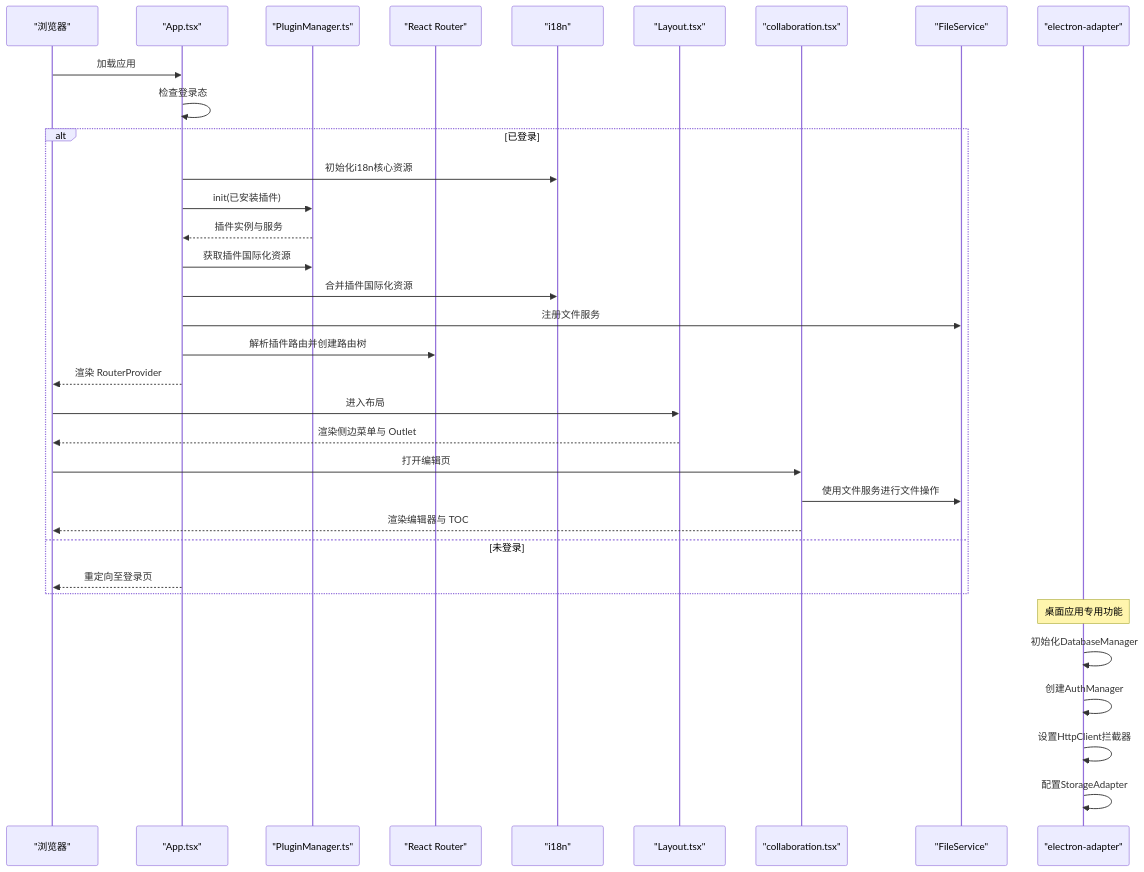
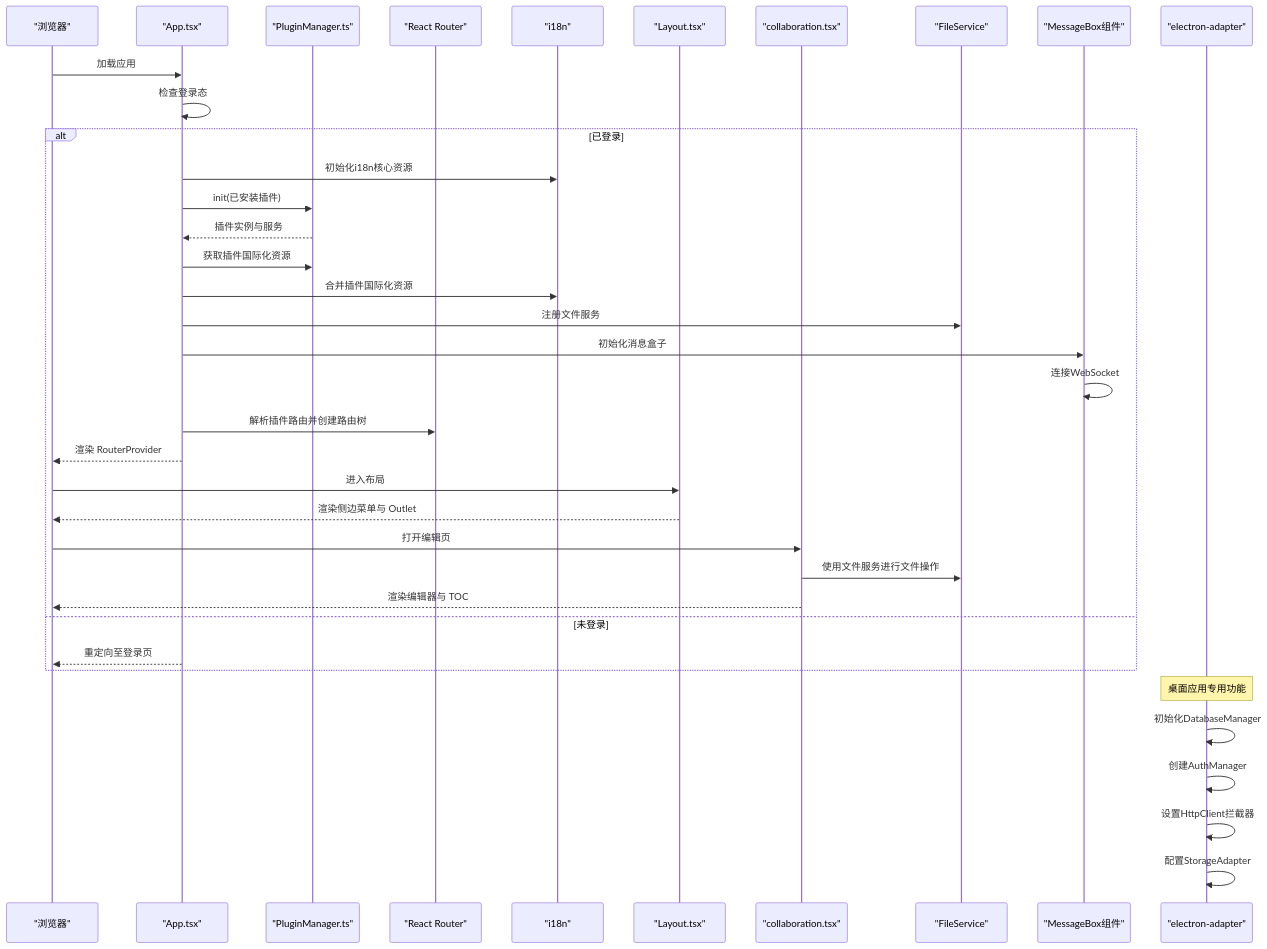
Before and after one commit to LRF0422/Kotion: the second of 16 diagrams in .qoder/repowiki/zh/content/核心模块/核心模块.md, drawn with Mermaid. The commit also changed other lines of this file and 19 other files, not shown here.

````diff
--- a/.qoder/repowiki/zh/content/核心模块/核心模块.md
+++ b/.qoder/repowiki/zh/content/核心模块/核心模块.md
@@ -254,36 +262,39 @@
 ```mermaid
 sequenceDiagram
 participant Browser as "浏览器"
 participant App as "App.tsx"
 participant PM as "PluginManager.ts"
 participant Router as "React Router"
 participant Intl as "i18n"
 participant Layout as "Layout.tsx"
 participant Editor as "collaboration.tsx"
 participant FS as "FileService"
+participant MessageBox as "MessageBox组件"
 participant Electron as "electron-adapter"
 Browser->>App : 加载应用
 App->>App : 检查登录态
 alt 已登录
 App->>Intl : 初始化i18n核心资源
 App->>PM : init(已安装插件)
 PM-->>App : 插件实例与服务
 App->>PM : 获取插件国际化资源
 App->>Intl : 合并插件国际化资源
 App->>FS : 注册文件服务
+App->>MessageBox : 初始化消息盒子
+MessageBox->>MessageBox : 连接WebSocket
 App->>Router : 解析插件路由并创建路由树
 App-->>Browser : 渲染 RouterProvider
 Browser->>Layout : 进入布局
 Layout-->>Browser : 渲染侧边菜单与 Outlet
 Browser->>Editor : 打开编辑页
 Editor->>FS : 使用文件服务进行文件操作
 Editor-->>Browser : 渲染编辑器与 TOC
 else 未登录
 App-->>Browser : 重定向至登录页
 end
 Note over Electron : 桌面应用专用功能
 Electron->>Electron : 初始化DatabaseManager
 Electron->>Electron : 创建AuthManager
 Electron->>Electron : 设置HttpClient拦截器
 Electron->>Electron : 配置StorageAdapter
 ```
````
